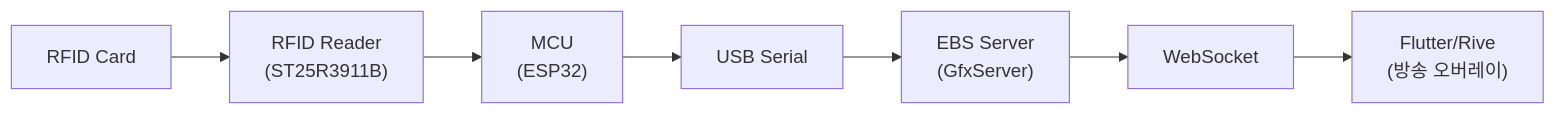
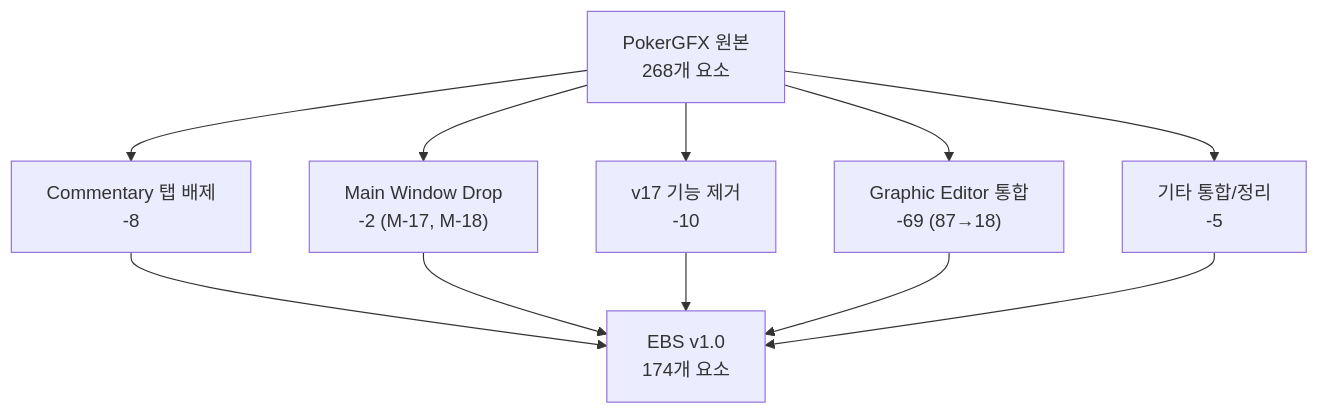
The first of 5 diagrams in docs/01_PokerGFX_Analysis/PRD-0004-EBS-Server-UI-Design.md (garimto81/ebs), drawn with Mermaid before and after one commit. The commit also changed other lines of this file and 7 other files, not shown here.

````diff
--- a/docs/01_PokerGFX_Analysis/PRD-0004-EBS-Server-UI-Design.md
+++ b/docs/01_PokerGFX_Analysis/PRD-0004-EBS-Server-UI-Design.md
@@ -91,9 +80,13 @@
 ```mermaid
-flowchart LR
-    A["RFID Card"] --> B["RFID Reader<br/>(ST25R3911B)"]
-    B --> C["MCU<br/>(ESP32)"]
-    C --> D["USB Serial"]
-    D --> E["EBS Server<br/>(GfxServer)"]
-    E --> F["WebSocket"]
-    F --> G["Flutter/Rive<br/>(방송 오버레이)"]
+flowchart TD
+    PGX["PokerGFX 원본<br/>268개 요소"] --> C1["Commentary 탭 배제<br/>-8"]
+    PGX --> C2["Main Window Drop<br/>-2 (M-17, M-18)"]
+    PGX --> C3["v17 기능 제거<br/>-10"]
+    PGX --> C4["Graphic Editor 통합<br/>-69 (87→18)"]
+    PGX --> C5["기타 통합/정리<br/>-5"]
+    C1 --> EBS["EBS v1.0<br/>174개 요소"]
+    C2 --> EBS
+    C3 --> EBS
+    C4 --> EBS
+    C5 --> EBS
 ```
````
